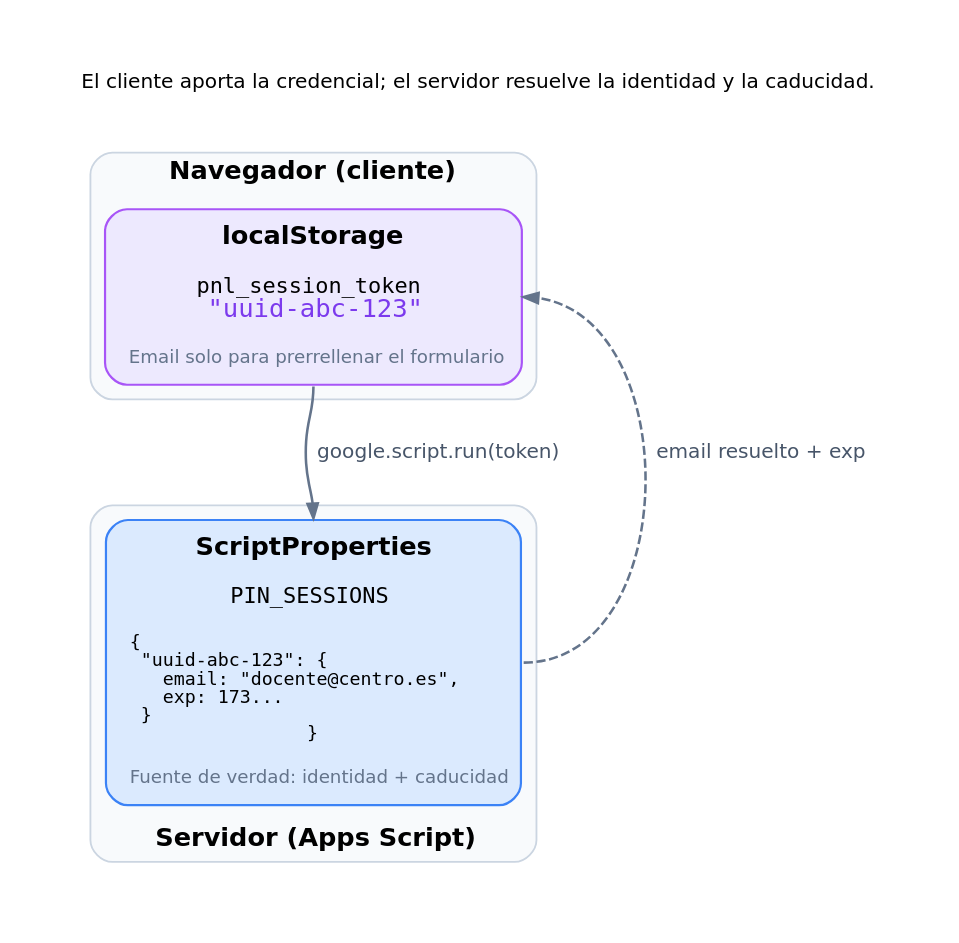
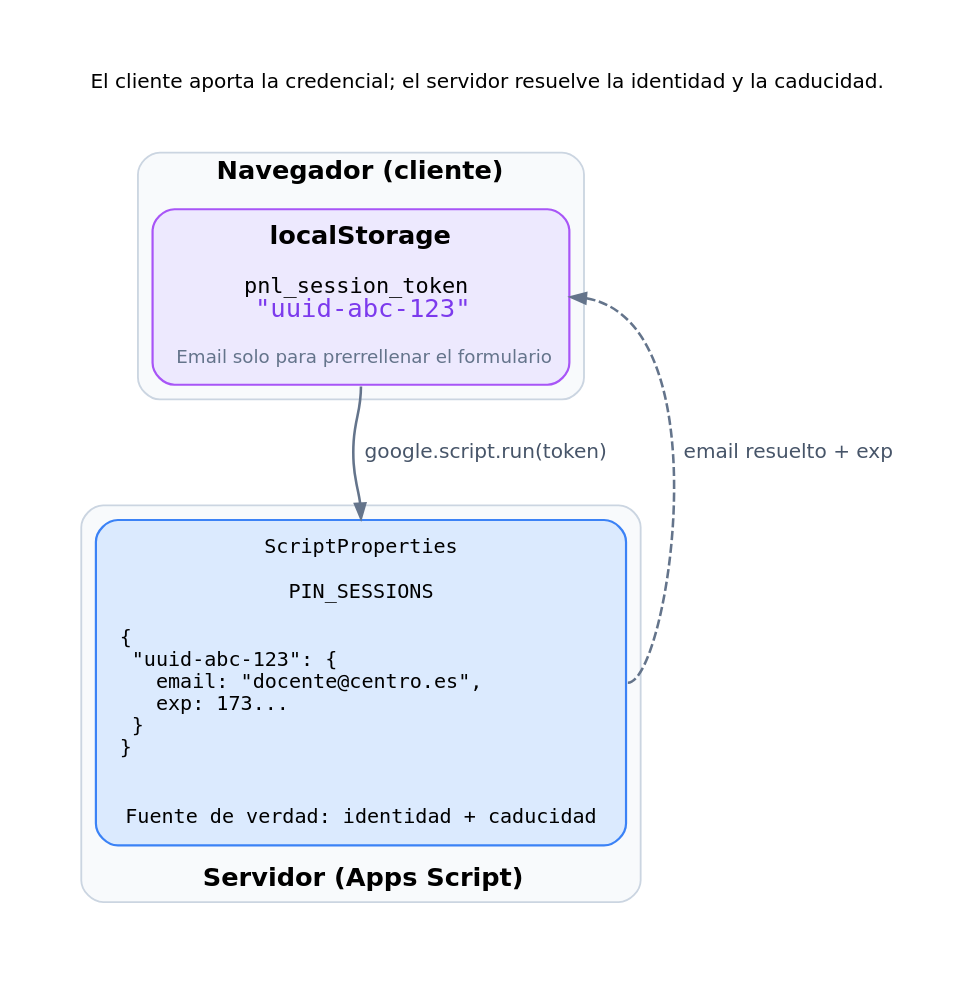
One commit to pfelipm/panel-dedicacion-no-lectiva changed the diagram in docs/images/session-model.dot. Above: the diagram before and after it, drawn with Graphviz. The commit also changed 1 other file, not shown here.

Commit message:
docs: alinear las llaves del JSON en el diagrama de sesión
Se usa una etiqueta de texto con saltos \l para que el bloque PIN_SESSIONS respete la tabulación de código.

```diff
--- a/docs/images/session-model.dot
+++ b/docs/images/session-model.dot
@@ -1,60 +1,60 @@
 digraph SessionModel {
   graph [
     rankdir=TB,
     bgcolor="white",
     pad="0.40",
     nodesep="0.50",
     ranksep="0.85",
     fontname="DejaVu Sans",
     label=<<FONT POINT-SIZE="11">El cliente aporta la credencial; el servidor resuelve la identidad y la caducidad.</FONT><BR/><BR/>>,
     labelloc="t",
     fontsize=20
   ];
 
   node [
     shape=box,
     style="rounded,filled",
     fontname="DejaVu Sans",
     fontsize=14,
     margin="0.18,0.12",
     penwidth=1.2
   ];
 
   edge [
     color="#64748b",
     penwidth=1.4,
     arrowsize=0.8,
     fontname="DejaVu Sans",
     fontsize=11,
     fontcolor="#475569"
   ];
 
   subgraph cluster_client {
     label=<<B>Navegador (cliente)</B>>;
     labelloc="t";
     labeljust="c";
     fontname="DejaVu Sans";
     fontsize=14;
     color="#cbd5e1";
     style="rounded";
     bgcolor="#f8fafc";
 
     local [label=<<B>localStorage</B><BR/><BR/><FONT FACE="DejaVu Sans Mono" POINT-SIZE="12">pnl_session_token</FONT><BR/><FONT FACE="DejaVu Sans Mono" COLOR="#7c3aed" POINT-SIZE="14">"uuid-abc-123"</FONT><BR/><BR/><FONT POINT-SIZE="10" COLOR="#64748b">Email solo para prerrellenar el formulario</FONT>>, fillcolor="#ede9fe", color="#a855f7"];
   }
 
   subgraph cluster_server {
     label=<<B>Servidor (Apps Script)</B>>;
     labelloc="b";
     labeljust="c";
     fontname="DejaVu Sans";
     fontsize=14;
     color="#cbd5e1";
     style="rounded";
     bgcolor="#f8fafc";
 
-    props [label=<<B>ScriptProperties</B><BR/><BR/><FONT FACE="DejaVu Sans Mono" POINT-SIZE="12">PIN_SESSIONS</FONT><BR/><BR/><FONT FACE="DejaVu Sans Mono" POINT-SIZE="10">{<BR ALIGN="LEFT"/>  "uuid-abc-123": {<BR ALIGN="LEFT"/>    email: "docente@centro.es",<BR ALIGN="LEFT"/>    exp: 173...<BR ALIGN="LEFT"/>  }<BR ALIGN="LEFT"/>}</FONT><BR/><BR/><FONT POINT-SIZE="10" COLOR="#64748b">Fuente de verdad: identidad + caducidad</FONT>>, fillcolor="#dbeafe", color="#3b82f6"];
+    props [label="ScriptProperties\n\nPIN_SESSIONS\n\n{\l  \"uuid-abc-123\": {\l    email: \"docente@centro.es\",\l    exp: 173...\l  }\l}\l\n\nFuente de verdad: identidad + caducidad", fontname="DejaVu Sans Mono", fontsize=11, fillcolor="#dbeafe", color="#3b82f6"];
   }
 
   local:s -> props:n [label="  google.script.run(token)  ", labeljust="l"];
   props:e -> local:e [label="  email resuelto + exp  ", style=dashed, constraint=false, labeljust="r"];
 }
```
